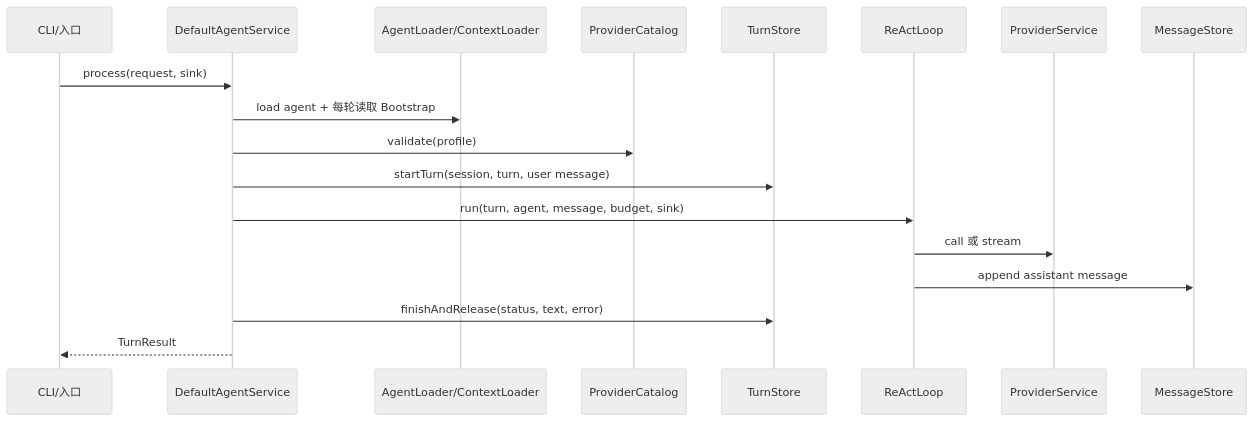
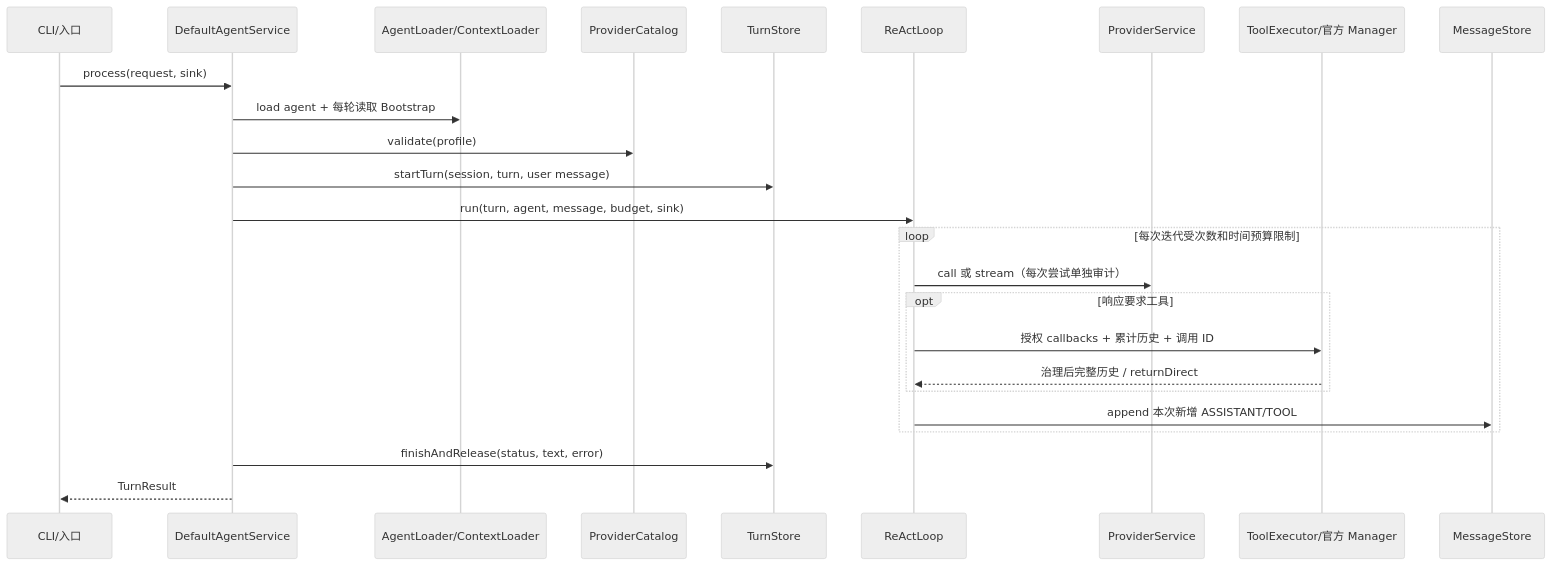
Before and after one commit to wangkaiqistart/agent-os: the diagram in docs/code-reading/AgentOS-core.md, drawn with Mermaid (neutral theme). The commit also changed other lines of this file and 9 other files, not shown here.

````diff
--- a/docs/code-reading/AgentOS-core.md
+++ b/docs/code-reading/AgentOS-core.md
@@ -26,21 +27,28 @@
 ```mermaid
 sequenceDiagram
     participant C as CLI/入口
     participant A as DefaultAgentService
     participant L as AgentLoader/ContextLoader
     participant V as ProviderCatalog
     participant T as TurnStore
     participant R as ReActLoop
     participant P as ProviderService
+    participant E as ToolExecutor/官方 Manager
     participant M as MessageStore
 
     C->>A: process(request, sink)
     A->>L: load agent + 每轮读取 Bootstrap
     A->>V: validate(profile)
     A->>T: startTurn(session, turn, user message)
     A->>R: run(turn, agent, message, budget, sink)
-    R->>P: call 或 stream
-    R->>M: append assistant message
+    loop 每次迭代受次数和时间预算限制
+        R->>P: call 或 stream（每次尝试单独审计）
+        opt 响应要求工具
+            R->>E: 授权 callbacks + 累计历史 + 调用 ID
+            E-->>R: 治理后完整历史 / returnDirect
+        end
+        R->>M: append 本次新增 ASSISTANT/TOOL
+    end
     A->>T: finishAndRelease(status, text, error)
     A-->>C: TurnResult
 ```
````
